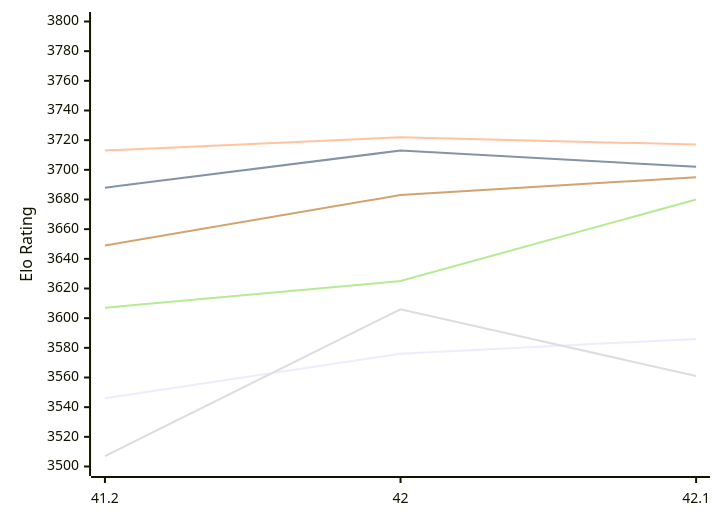
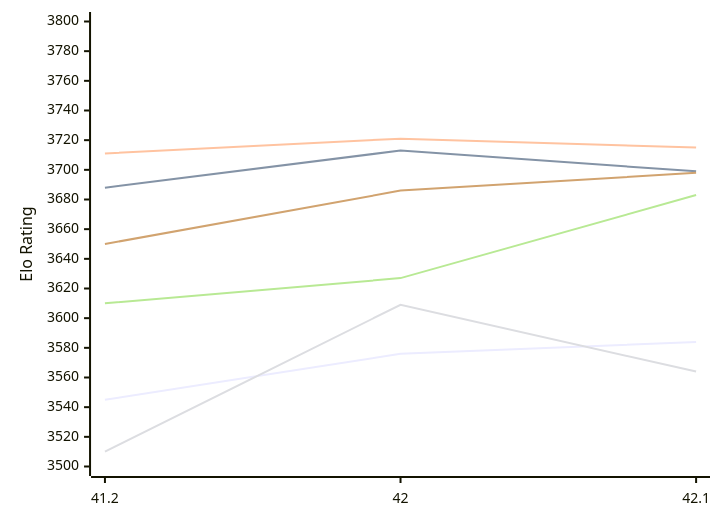
Before and after one commit to computer-chess-index/cci: the first of 2 diagrams in engines/Shashchess.md, drawn with Mermaid. The commit also changed other lines of this file, not shown here.

Commit message:
Update CCI Ratings (ELO VLTC) - 2026-11-24

````diff
--- a/engines/Shashchess.md
+++ b/engines/Shashchess.md
@@ -52,12 +52,12 @@
 ```mermaid
 %%{init: {"theme":"base","themeVariables":{"seriesColors:['#a3a3a3','#222221','#faa371']}}}%%
 xychart-beta
   x-axis ["41.2", "42", "42.1"]
   y-axis "Elo Rating" 3500 --> 3800
-  line "E1: STC (8.0+0.08s)" [3546, 3576, 3586]
-  line "E1: LTC (60.0+0.60s)" [3688, 3713, 3702]
-  line "E1: VLTC (2m24s+1.12s)" [3713, 3722, 3717]
-  line "P1: STC (8.0+0.08s)" [3507, 3606, 3561]
-  line "P1: LTC (60.0+0.60s)" [3607, 3625, 3680]
-  line "P1: VLTC (2m24s+1.12s)" [3649, 3683, 3695]
+  line "E1: STC (8.0+0.08s)" [3545, 3576, 3584]
+  line "E1: LTC (60.0+0.60s)" [3688, 3713, 3699]
+  line "E1: VLTC (2m24s+1.12s)" [3711, 3721, 3715]
+  line "P1: STC (8.0+0.08s)" [3510, 3609, 3564]
+  line "P1: LTC (60.0+0.60s)" [3610, 3627, 3683]
+  line "P1: VLTC (2m24s+1.12s)" [3650, 3686, 3698]
 ```
````
